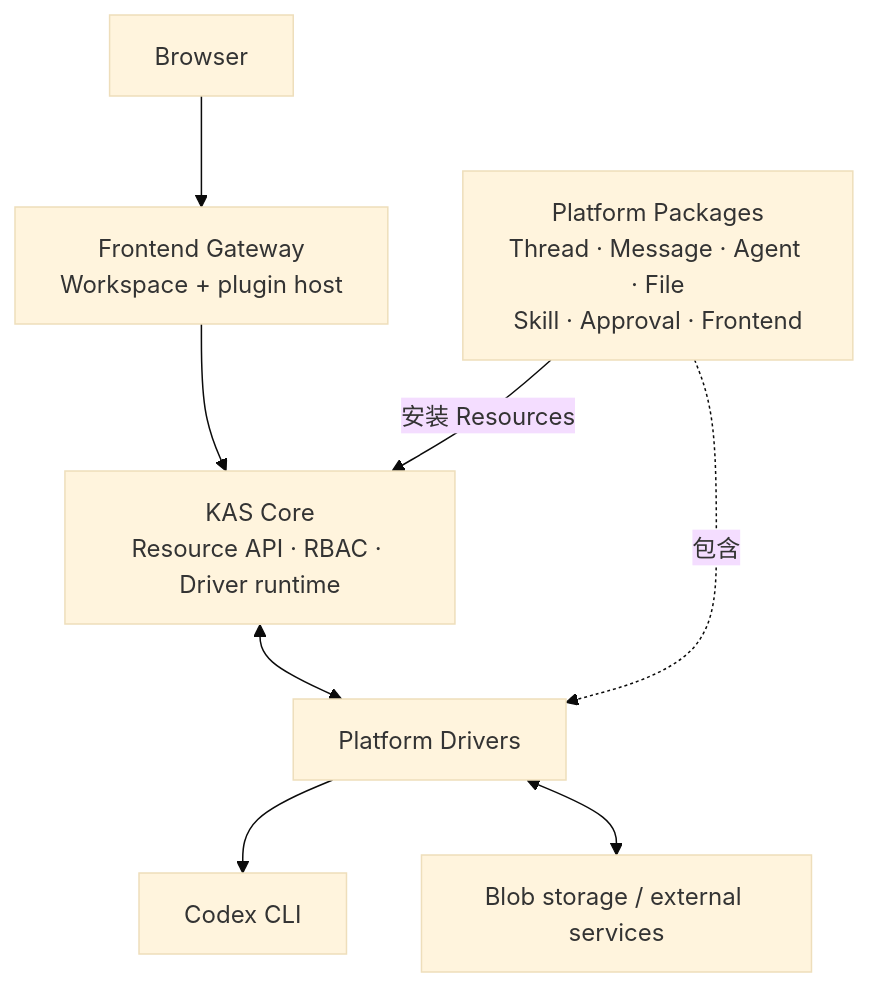
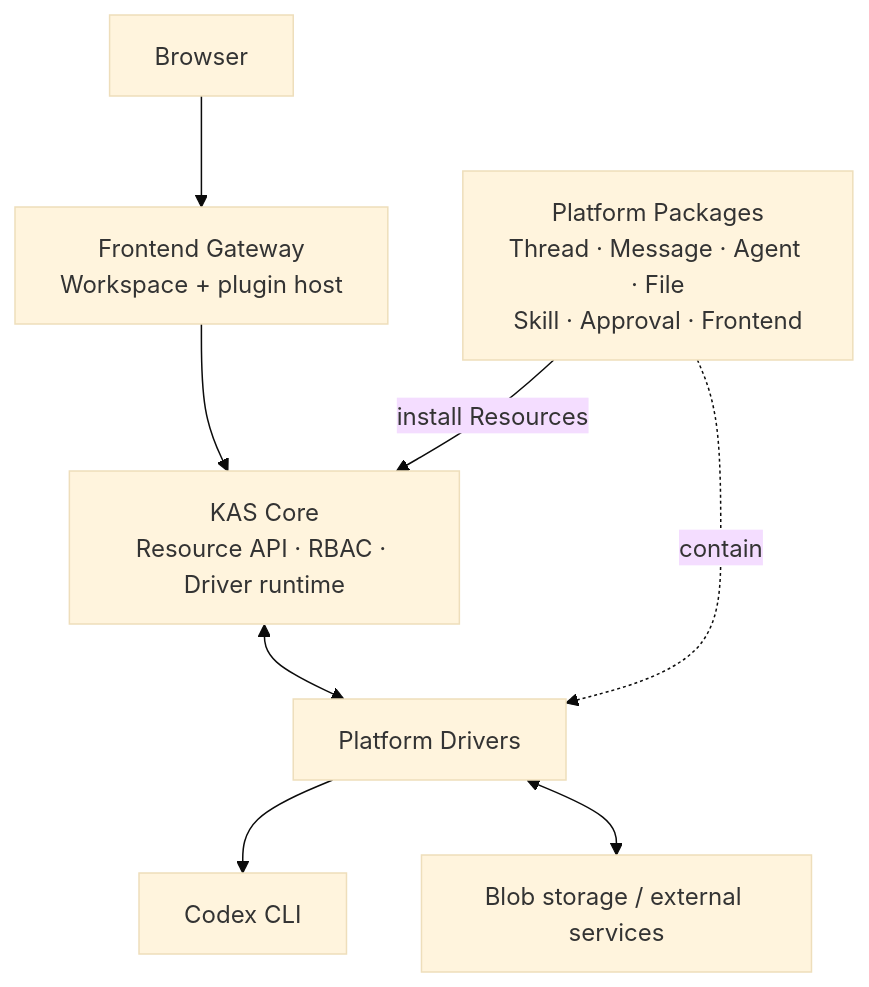
The third of 3 diagrams in platform/README.md (kdxcxs/kas), drawn with Mermaid (base theme) before and after one commit. The commit also changed other lines of this file and 4 other files, not shown here.

````diff
--- a/platform/README.md
+++ b/platform/README.md
@@ -60,18 +65,18 @@
 ```mermaid
 flowchart TB
     B["Browser"]
     G["Frontend Gateway<br/>Workspace + plugin host"]
     K["KAS Core<br/>Resource API · RBAC · Driver runtime"]
     P["Platform Packages<br/>Thread · Message · Agent · File<br/>Skill · Approval · Frontend"]
     D["Platform Drivers"]
     C["Codex CLI"]
     X["Blob storage / external services"]
 
     B --> G
     G --> K
-    P -->|"安装 Resources"| K
-    P -. "包含" .-> D
+    P -->|"install Resources"| K
+    P -. "contain" .-> D
     K <--> D
     D --> C
     D <--> X
 ```
````
